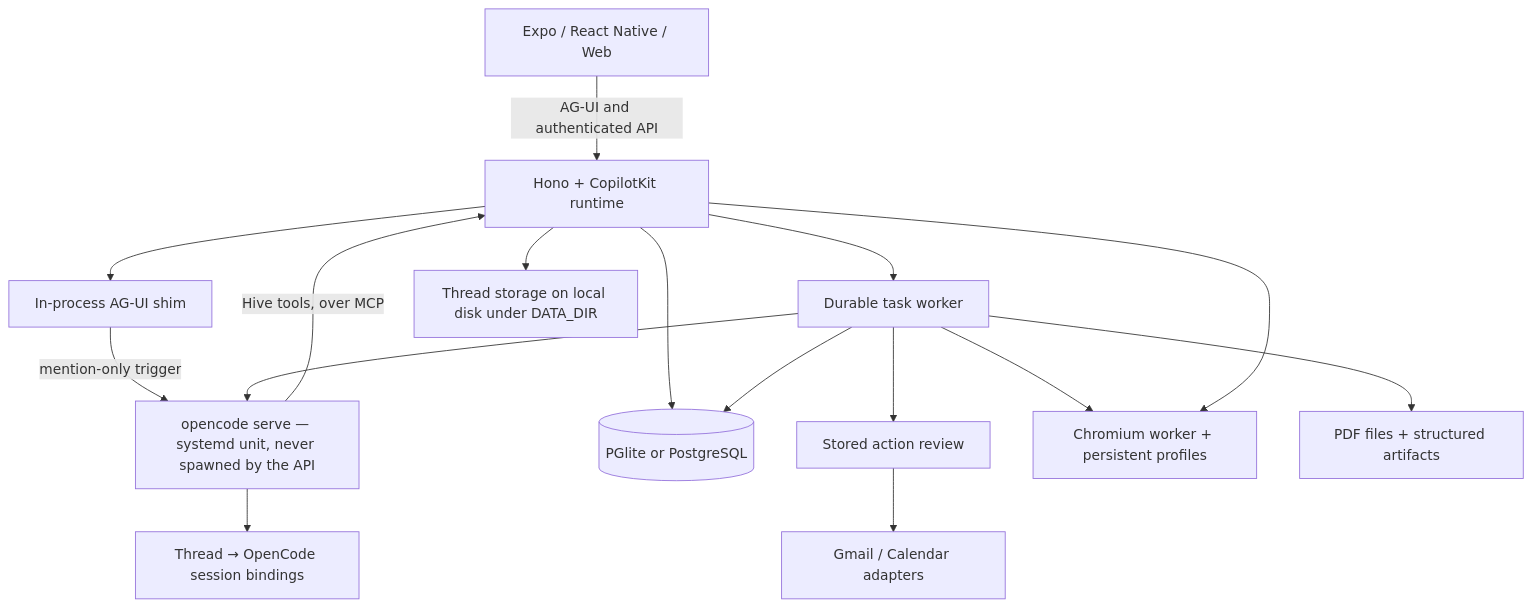
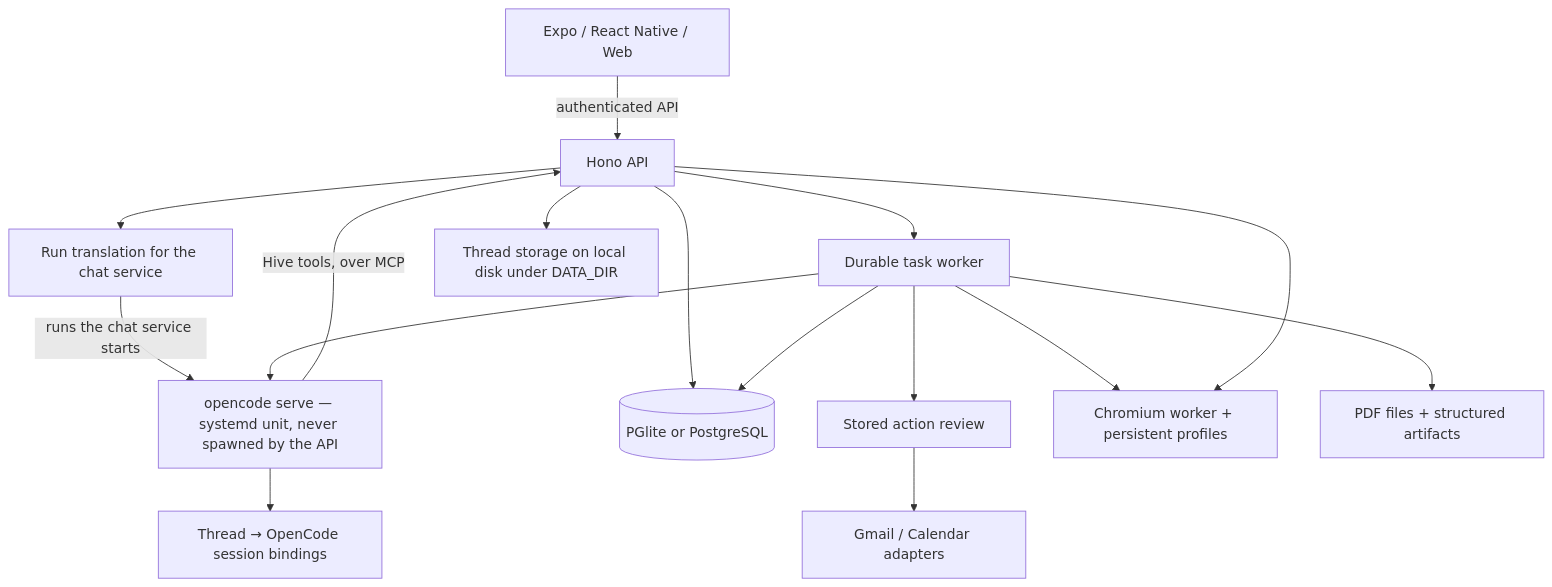
The diagram in README.md (akshay-gup/hive), drawn with Mermaid before and after one commit. The commit also changed other lines of this file and 82 other files, not shown here.

````diff
--- a/README.md
+++ b/README.md
@@ -224,18 +222,18 @@
 ```mermaid
 flowchart TD
-  Client[Expo / React Native / Web] -->|AG-UI and authenticated API| API[Hono + CopilotKit runtime]
-  API --> Shim[In-process AG-UI shim]
-  Shim -->|mention-only trigger| OpenCode[opencode serve — systemd unit, never spawned by the API]
+  Client[Expo / React Native / Web] -->|authenticated API| API[Hono API]
+  API --> Shim[Run translation for the chat service]
+  Shim -->|runs the chat service starts| OpenCode[opencode serve — systemd unit, never spawned by the API]
   OpenCode --> Sessions[Thread → OpenCode session bindings]
   OpenCode -->|Hive tools, over MCP| API
   API --> Tasks[Durable task worker]
   Tasks --> OpenCode
   API --> Threads[Thread storage on local disk under DATA_DIR]
   API --> Store[(PGlite or PostgreSQL)]
   Tasks --> Store
   Tasks --> Review[Stored action review]
   Review --> Google[Gmail / Calendar adapters]
   Tasks --> Browser[Chromium worker + persistent profiles]
   API --> Browser
   Tasks --> Files[PDF files + structured artifacts]
 ```
````
